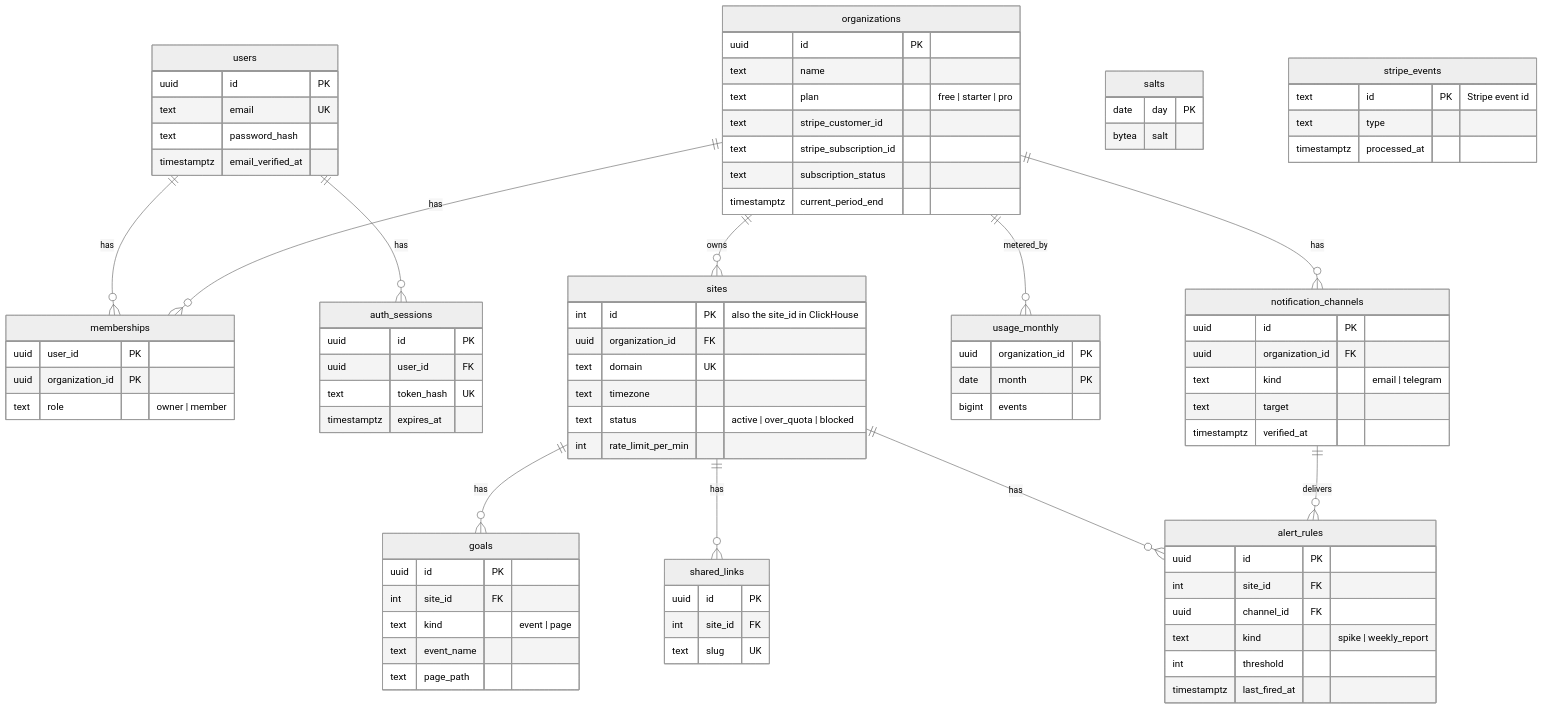
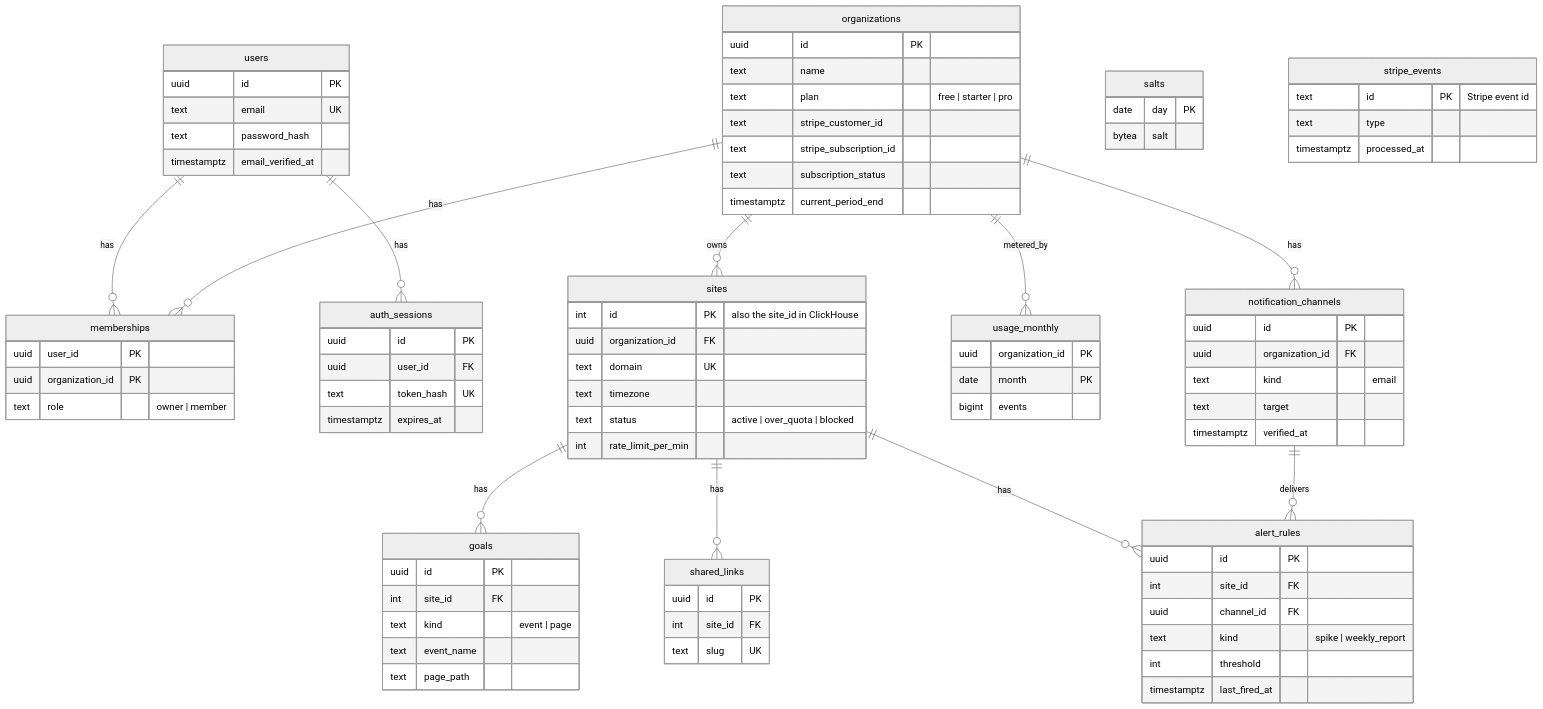
The sixth of 8 diagrams in docs/architecture.md (AntonBurduzha/mieru), drawn with Mermaid (neutral theme) before and after one commit. The commit also changed other lines of this file and 1 other file, not shown here.

Commit message:
docs: alerts and notifications are email-only

```diff
--- a/docs/architecture.md
+++ b/docs/architecture.md
@@ -351,7 +351,7 @@
     notification_channels {
         uuid id PK
         uuid organization_id FK
-        text kind "email | telegram"
+        text kind "email"
         text target
         timestamptz verified_at
     }
```
